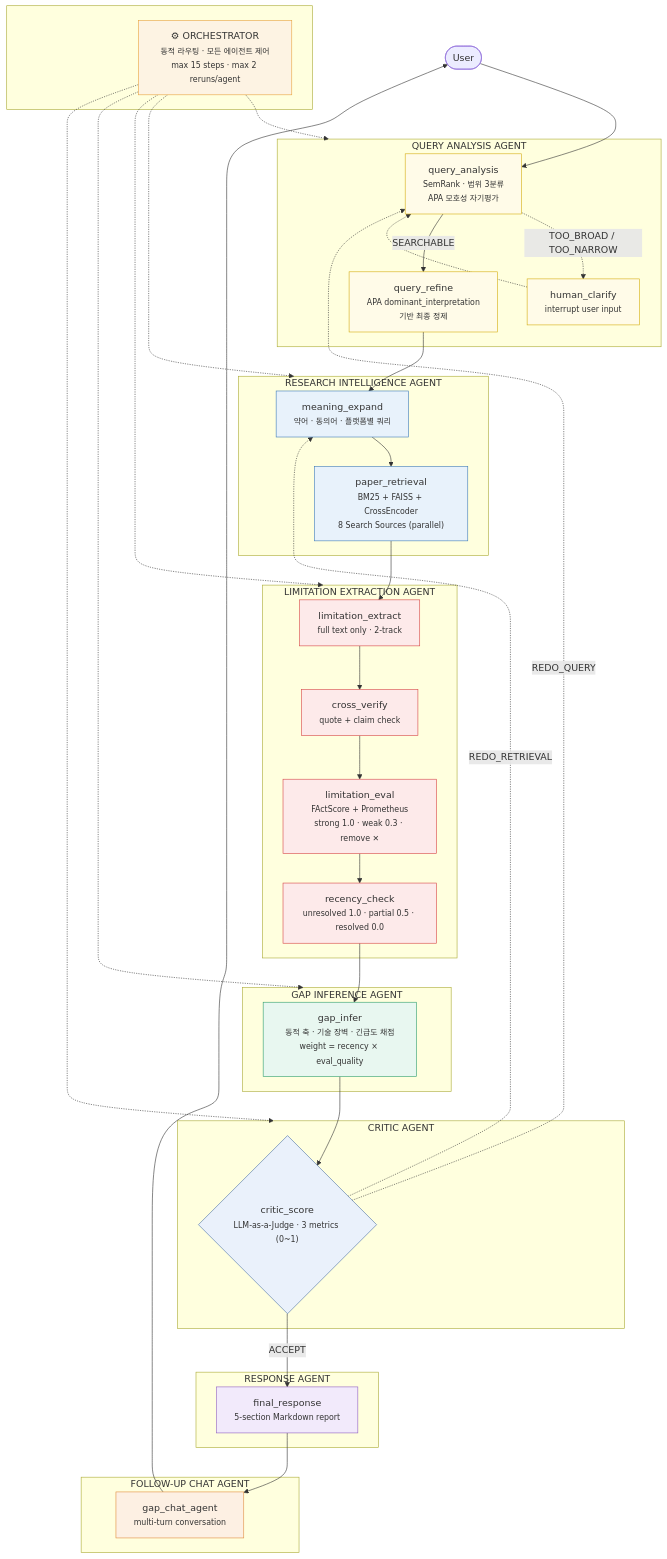
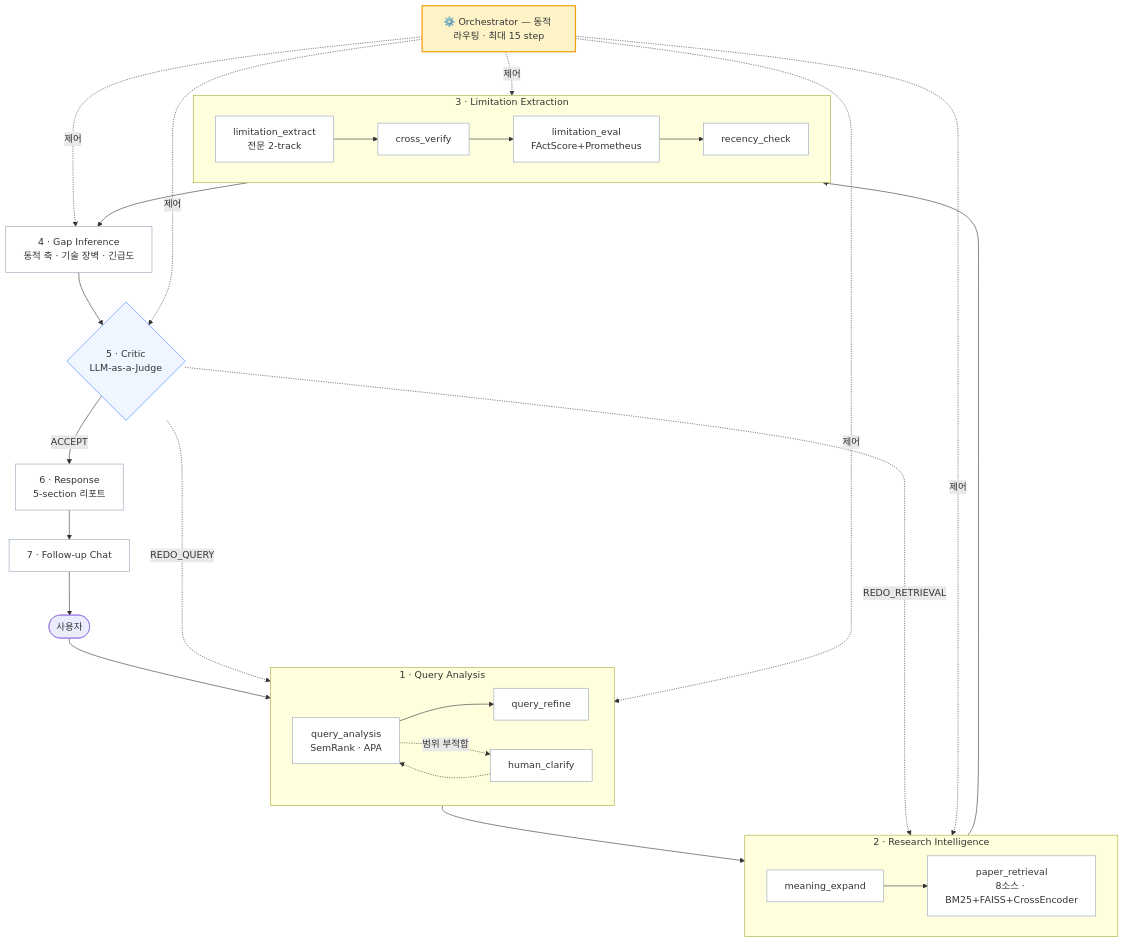
The diagram in README.md (Coding-Maengsu/gapago), drawn with Mermaid before and after one commit. The commit also changed other lines of this file and 1 other file, not shown here.

````diff
--- a/README.md
+++ b/README.md
@@ -105,81 +153,43 @@
 ```mermaid
 flowchart TB
-    User([User])
+    User([사용자])
+    ORC["⚙️ Orchestrator — 동적 라우팅 · 최대 15 step"]
 
-    subgraph ORC [" "]
-        O["⚙ ORCHESTRATOR<br/><small>동적 라우팅 · 모든 에이전트 제어<br/>max 15 steps · max 2 reruns/agent</small>"]
+    subgraph QA ["1 · Query Analysis"]
+        direction LR
+        QAN["query_analysis<br>SemRank · APA"] --> QRF["query_refine"]
+        QAN -. 범위 부적합 .-> HC["human_clarify"]
+        HC -.-> QAN
     end
 
-    subgraph QA ["QUERY ANALYSIS AGENT"]
-        QAN["query_analysis<br/><small>SemRank · 범위 3분류<br/>APA 모호성 자기평가</small>"]
-        HC["human_clarify<br/><small>interrupt user input</small>"]
-        QRF["query_refine<br/><small>APA dominant_interpretation<br/>기반 최종 정제</small>"]
-        QAN -.->|TOO_BROAD / TOO_NARROW| HC
-        HC -.-> QAN
-        QAN -->|SEARCHABLE| QRF
+    subgraph RI ["2 · Research Intelligence"]
+        direction LR
+        ME["meaning_expand"] --> PR["paper_retrieval<br>8소스 · BM25+FAISS+CrossEncoder"]
     end
 
-    subgraph RI ["RESEARCH INTELLIGENCE AGENT"]
-        ME["meaning_expand<br/><small>약어 · 동의어 · 플랫폼별 쿼리</small>"]
-        PR["paper_retrieval<br/><small>BM25 + FAISS + CrossEncoder<br/>8 Search Sources (parallel)</small>"]
-        ME --> PR
+    subgraph LX ["3 · Limitation Extraction"]
+        direction LR
+        LE["limitation_extract<br>전문 2-track"] --> CV["cross_verify"] --> LV["limitation_eval<br>FActScore+Prometheus"] --> RC["recency_check"]
     end
 
-    subgraph LX ["LIMITATION EXTRACTION AGENT"]
-        LE["limitation_extract<br/><small>full text only · 2-track</small>"]
-        CV["cross_verify<br/><small>quote + claim check</small>"]
-        LV["limitation_eval<br/><small>FActScore + Prometheus<br/>strong 1.0 · weak 0.3 · remove ✕</small>"]
-        RC["recency_check<br/><small>unresolved 1.0 · partial 0.5 · resolved 0.0</small>"]
-        LE --> CV --> LV --> RC
-    end
+    GI["4 · Gap Inference<br>동적 축 · 기술 장벽 · 긴급도"]
+    CRT{"5 · Critic<br>LLM-as-a-Judge"}
+    RSP["6 · Response<br>5-section 리포트"]
+    CHT["7 · Follow-up Chat"]
 
-    subgraph GI ["GAP INFERENCE AGENT"]
-        G["gap_infer<br/><small>동적 축 · 기술 장벽 · 긴급도 채점<br/>weight = recency × eval_quality</small>"]
-    end
+    User --> QA
+    QA --> RI
+    RI --> LX
+    LX --> GI --> CRT
+    CRT -- ACCEPT --> RSP --> CHT --> User
+    CRT -. REDO_RETRIEVAL .-> RI
+    CRT -. REDO_QUERY .-> QA
+    ORC -. 제어 .-> QA & RI & LX & GI & CRT
 
-    subgraph CR ["CRITIC AGENT"]
-        C{"critic_score<br/><small>LLM-as-a-Judge · 3 metrics (0~1)</small>"}
-    end
-
-    subgraph RS ["RESPONSE AGENT"]
-        FR["final_response<br/><small>5-section Markdown report</small>"]
-    end
-
-    subgraph CH ["FOLLOW-UP CHAT AGENT"]
-        GC["gap_chat_agent<br/><small>multi-turn conversation</small>"]
-    end
-
-    User --> QAN
-    QRF --> ME
-    PR --> LE
-    RC --> G
-    G --> C
-    C -->|ACCEPT| FR
-    C -.->|REDO_RETRIEVAL| ME
-    C -.->|REDO_QUERY| QAN
-    FR --> GC
-    GC --> User
-
-    O -.-> QA
-    O -.-> RI
-    O -.-> LX
-    O -.-> GI
-    O -.-> CR
-
-    classDef orc fill:#fdf3e3,stroke:#e8a33d
-    classDef q fill:#fffbe8,stroke:#d4ac0d
-    classDef r fill:#e8f2fb,stroke:#3d7ab8
-    classDef l fill:#fdeaea,stroke:#d64545
-    classDef g fill:#e8f7f0,stroke:#2e9e6b
-    classDef c fill:#eaf1fb,stroke:#4a6fa5
-    classDef s fill:#f2eafb,stroke:#8e5ec2
-    classDef ch fill:#fdf0e3,stroke:#e08b3d
-    class O orc
-    class QAN,HC,QRF q
-    class ME,PR r
-    class LE,CV,LV,RC l
-    class G g
-    class C c
-    class FR s
-    class GC ch
+    classDef box fill:#fff,stroke:#94a3b8,stroke-width:1px
+    classDef orc fill:#fef3c7,stroke:#f59e0b,stroke-width:2px
+    classDef gate fill:#eff6ff,stroke:#3b82f6
+    class QAN,QRF,HC,ME,PR,LE,CV,LV,RC,GI,RSP,CHT box
+    class ORC orc
+    class CRT gate
 ```
````
